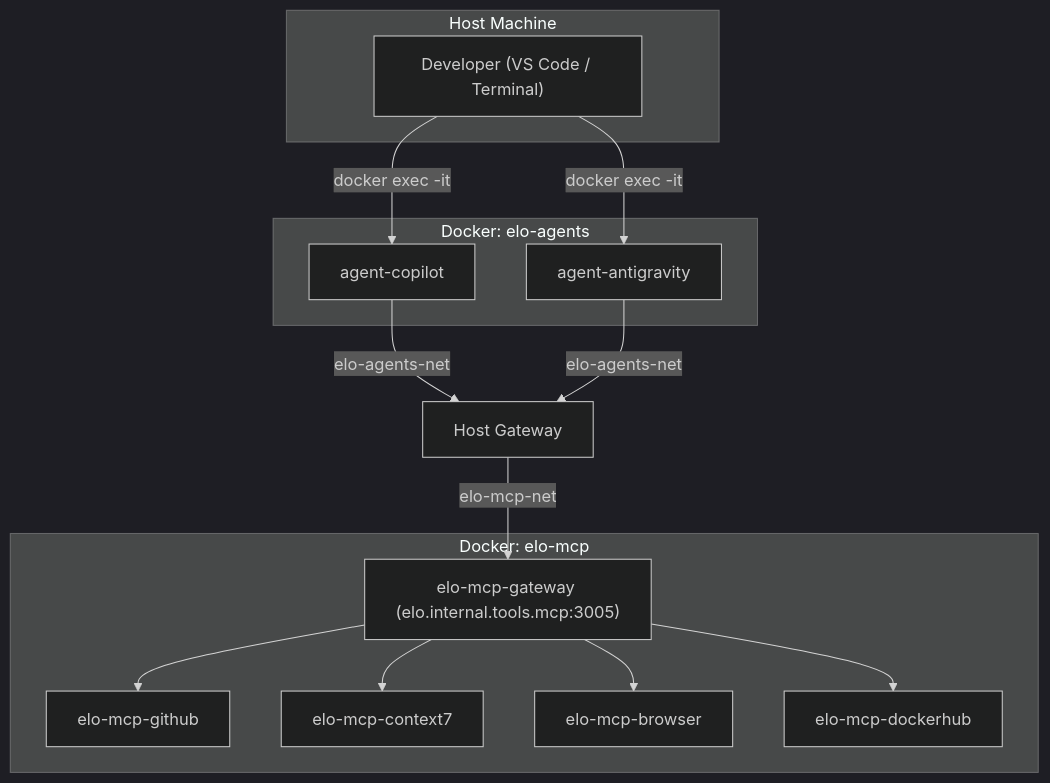
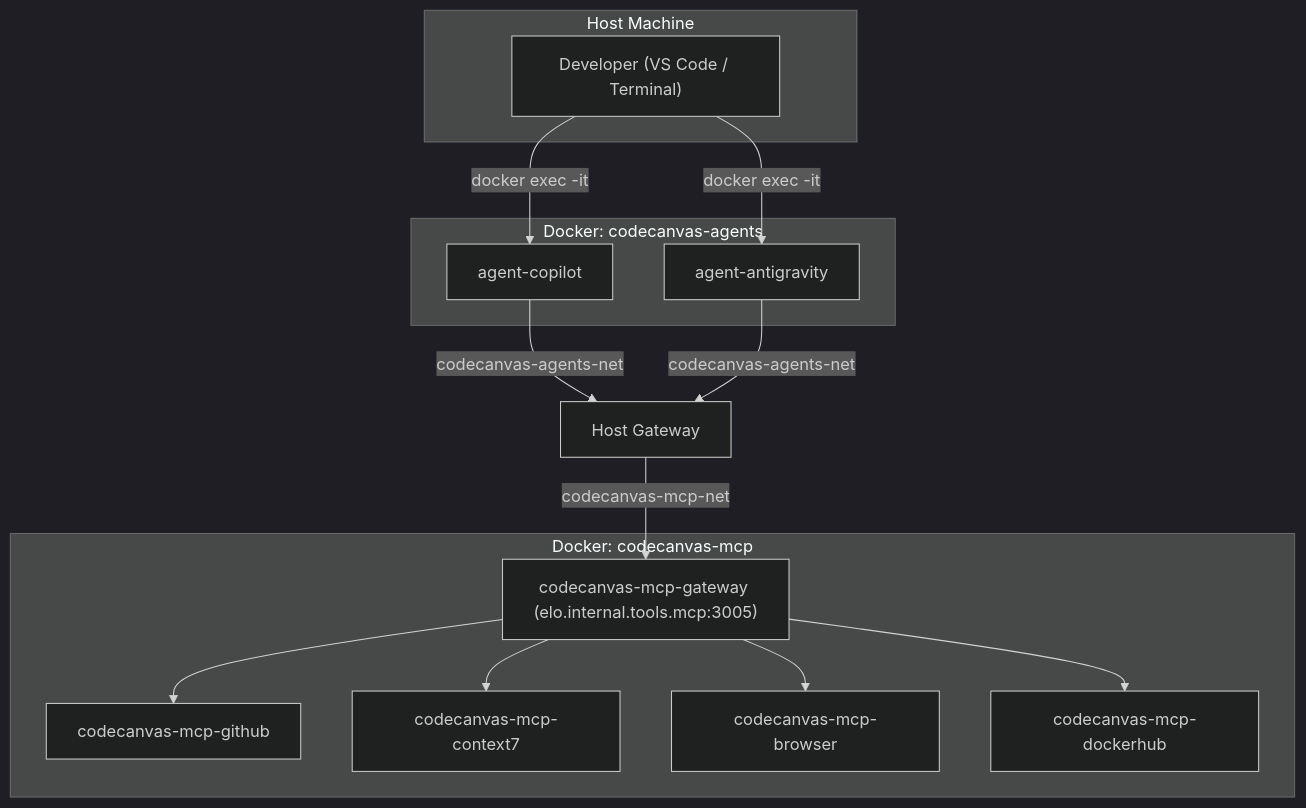
Before and after one commit to tupynambalucas/code-canvas: the diagram in docs/workspaces/tools/containerized-agents.mdx, drawn with Mermaid (dark theme). The commit also changed other lines of this file and 134 other files, not shown here.

````diff
--- a/docs/workspaces/tools/containerized-agents.mdx
+++ b/docs/workspaces/tools/containerized-agents.mdx
@@ -15,30 +15,30 @@
 ```mermaid
 graph TD
   direction TD
   subgraph "Host Machine"
     Dev["Developer (VS Code / Terminal)"]
   end
 
-  subgraph "Docker: elo-agents"
+  subgraph "Docker: codecanvas-agents"
     Copilot["agent-copilot"]
     Antigravity["agent-antigravity"]
   end
 
-  subgraph "Docker: elo-mcp"
-    Gateway["elo-mcp-gateway (elo.internal.tools.mcp:3005)"]
-    Github["elo-mcp-github"]
-    Context7["elo-mcp-context7"]
-    Browser["elo-mcp-browser"]
-    Dockerhub["elo-mcp-dockerhub"]
+  subgraph "Docker: codecanvas-mcp"
+    Gateway["codecanvas-mcp-gateway (elo.internal.tools.mcp:3005)"]
+    Github["codecanvas-mcp-github"]
+    Context7["codecanvas-mcp-context7"]
+    Browser["codecanvas-mcp-browser"]
+    Dockerhub["codecanvas-mcp-dockerhub"]
   end
 
   Dev -- "docker exec -it" --> Copilot
   Dev -- "docker exec -it" --> Antigravity
-  Copilot -- "elo-agents-net" --> Host["Host Gateway"]
-  Antigravity -- "elo-agents-net" --> Host
-  Host -- "elo-mcp-net" --> Gateway
+  Copilot -- "codecanvas-agents-net" --> Host["Host Gateway"]
+  Antigravity -- "codecanvas-agents-net" --> Host
+  Host -- "codecanvas-mcp-net" --> Gateway
   Gateway --> Github
   Gateway --> Context7
   Gateway --> Browser
   Gateway --> Dockerhub
 ```
````
